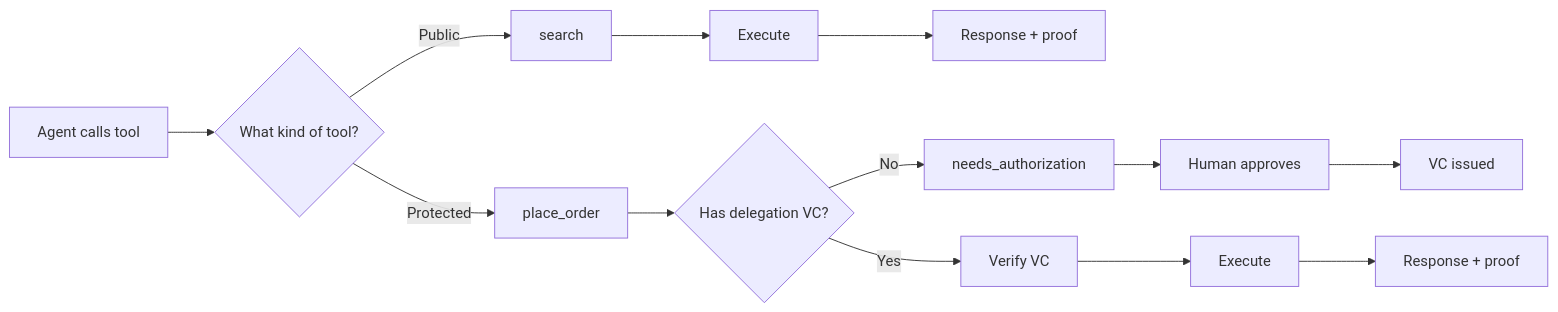
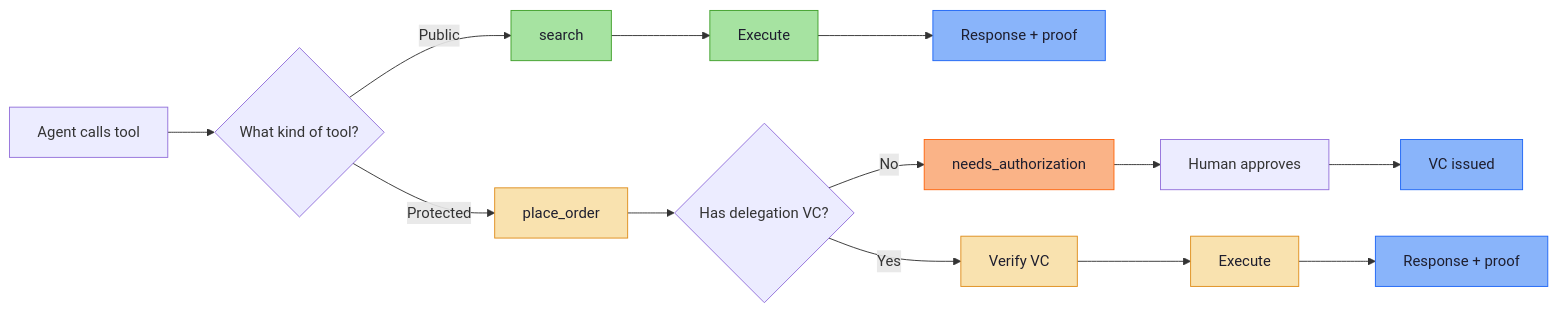
The first of 2 diagrams in README.md (modelcontextprotocol-identity/mcp-i-core), drawn with Mermaid before and after one commit. The commit also changed other lines of this file, not shown here.

````diff
--- a/README.md
+++ b/README.md
@@ -113,8 +115,13 @@
 ```mermaid
 flowchart LR
     A[Agent calls tool] --> B{What kind of tool?}
-    B -- Public --> C[search] --> D[Execute] --> E[Response + proof]
-    B -- Protected --> F[place_order] --> G{Has delegation VC?}
-    G -- No --> H[needs_authorization] --> I[Human approves] --> J[VC issued]
-    G -- Yes --> K[Verify VC] --> L[Execute] --> M[Response + proof]
+    B -- Public --> C[search]:::public --> D[Execute]:::public --> E[Response + proof]:::success
+    B -- Protected --> F[place_order]:::protected --> G{Has delegation VC?}
+    G -- No --> H[needs_authorization]:::warning --> I[Human approves] --> J[VC issued]:::success
+    G -- Yes --> K[Verify VC]:::protected --> L[Execute]:::protected --> M[Response + proof]:::success
+
+    classDef public fill:#a6e3a1,stroke:#40a02b,color:#1e1e2e
+    classDef protected fill:#f9e2af,stroke:#df8e1d,color:#1e1e2e
+    classDef warning fill:#fab387,stroke:#fe640b,color:#1e1e2e
+    classDef success fill:#89b4fa,stroke:#1e66f5,color:#1e1e2e
 ```
````
